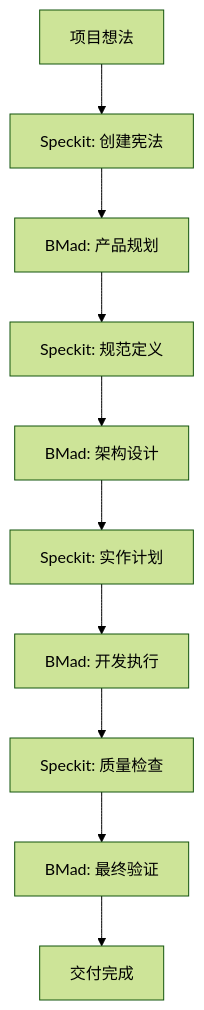
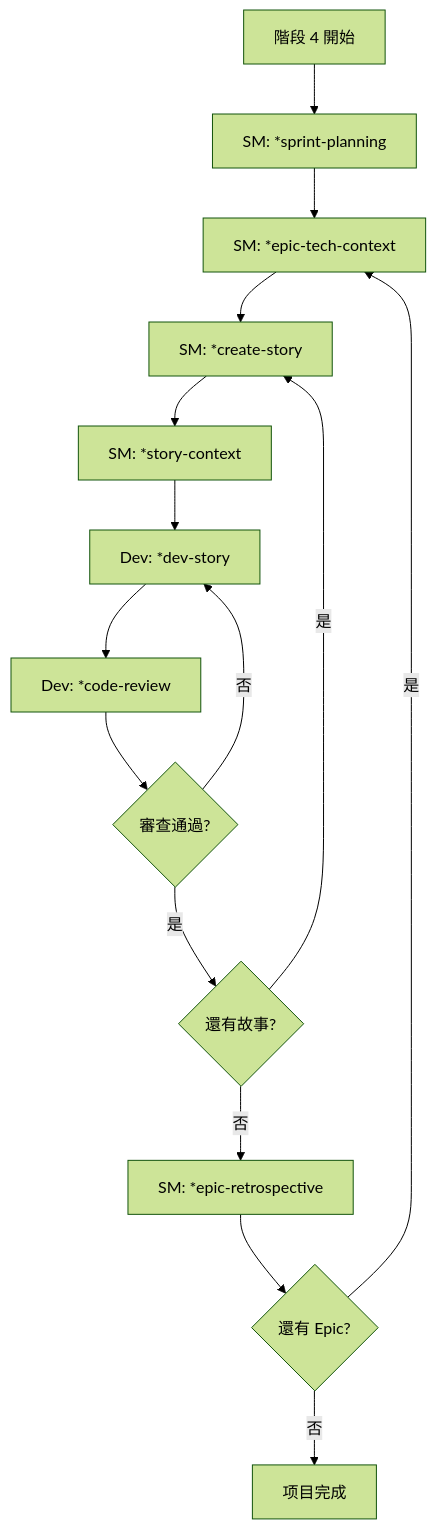
One commit to jamesjantw/vibe_coding changed the fifth of 5 diagrams in README-zh-cn.md. Above: the diagram before and after it, drawn with Mermaid (forest theme). The commit also changed other lines of this file and 435 other files, not shown here.

````diff
--- a/README-zh-cn.md
+++ b/README-zh-cn.md
@@ -402,12 +282,17 @@
 ```mermaid
 graph TD
-    A[项目想法] --> B[Speckit: 创建宪法]
-    B --> C[BMad: 产品规划]
-    C --> D[Speckit: 规范定义]
-    D --> E[BMad: 架构设计]
-    E --> F[Speckit: 实作计划]
-    F --> G[BMad: 开发执行]
-    G --> H[Speckit: 质量检查]
-    H --> I[BMad: 最终验证]
-    I --> J[交付完成]
+    A[階段 4 開始] --> B[SM: *sprint-planning]
+    B --> C[SM: *epic-tech-context]
+    C --> D[SM: *create-story]
+    D --> E[SM: *story-context]
+    E --> F[Dev: *dev-story]
+    F --> G[Dev: *code-review]
+    G --> H{審查通過?}
+    H -->|否| F
+    H -->|是| I{還有故事?}
+    I -->|是| D
+    I -->|否| J[SM: *epic-retrospective]
+    J --> K{還有 Epic?}
+    K -->|是| C
+    K -->|否| L[项目完成]
 ```
````
